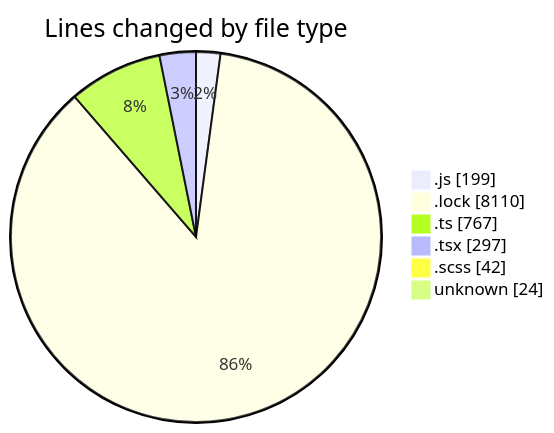
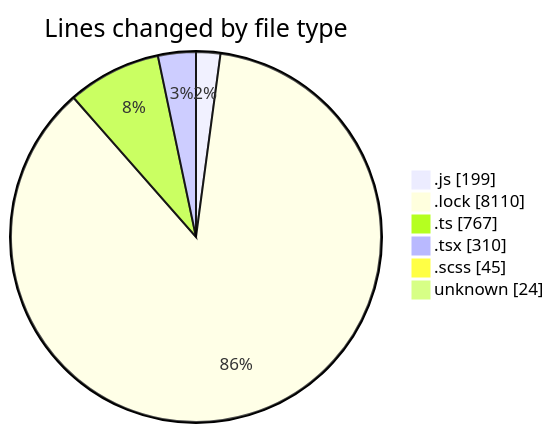
One commit to momahboobian/code-tracking changed the first of 2 diagrams in 2025-02-07/cda/README.md. Above: the diagram before and after it, drawn with Mermaid. The commit also changed other lines of this file and 1 other file, not shown here.

````diff
--- a/2025-02-07/cda/README.md
+++ b/2025-02-07/cda/README.md
@@ -47,10 +47,10 @@
 ```mermaid
 pie showData
 title Lines changed by file type
 ".js" : 199
 ".lock" : 8110
 ".ts" : 767
-".tsx" : 297
-".scss" : 42
+".tsx" : 310
+".scss" : 45
 "unknown" : 24
 ```
````
